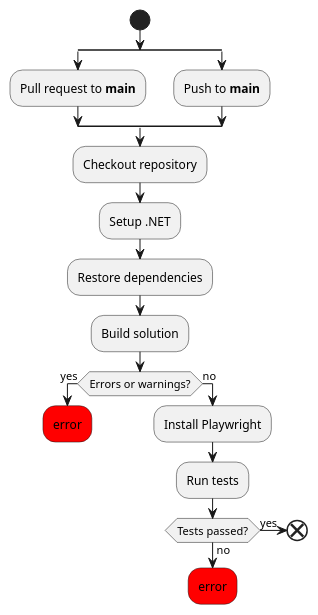
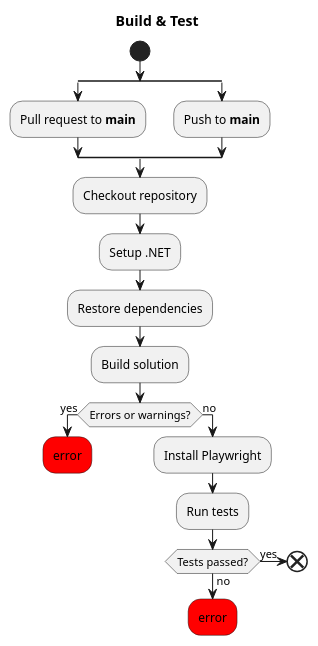
One commit to ITU-BDSA2024-GROUP14/Chirp changed the tenth of 14 diagrams in docs/report.md. Above: the diagram before and after it, drawn with PlantUML. The commit also changed other lines of this file, not shown here.

Commit message:
Add plantuml titles

````diff
--- a/docs/report.md
+++ b/docs/report.md
@@ -357,27 +365,30 @@
 ```plantuml
 
 @startuml
+
+title Build & Test
+
 start
 split
     :Pull request to **main**;
 split again
     :Push to **main**;
 end split
 :Checkout repository;
 :Setup .NET;
 :Restore dependencies;
 :Build solution;
 if (Errors or warnings?) then (yes)
     #red:error;
     kill
 else (no)
 :Install Playwright;
 :Run tests;
 if (Tests passed?) then (yes)
     end
 else (no)
     #red:error;
     kill
 @enduml
 
 ```
````
